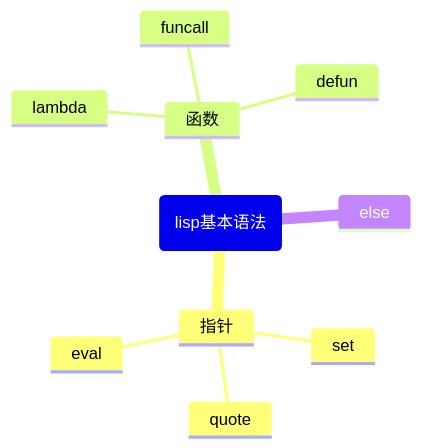
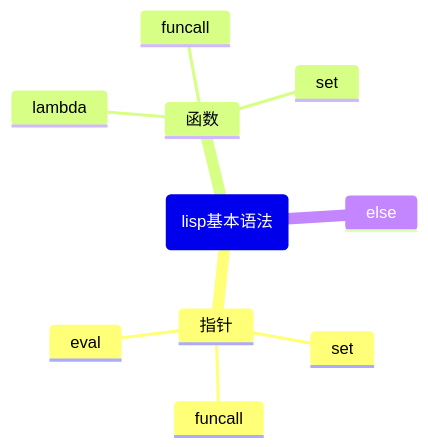
The first of 10 diagrams in 内容/编程语言/lisp基础语法（一）：指针与函数.md (Tufafo/eblog), drawn with Mermaid before and after one commit. The commit also changed other lines of this file and 8 other files, not shown here.

```diff
--- a/内容/编程语言/lisp基础语法（一）：指针与函数.md
+++ b/内容/编程语言/lisp基础语法（一）：指针与函数.md
@@ -10,13 +10,13 @@
 <pre class="mermaid">
 mindmap
     root(lisp基本语法)
         指针
             set
-            quote
+            funcall
             eval
         函数
             lambda
             funcall
-            defun
+            set
         else
 </pre>
```
